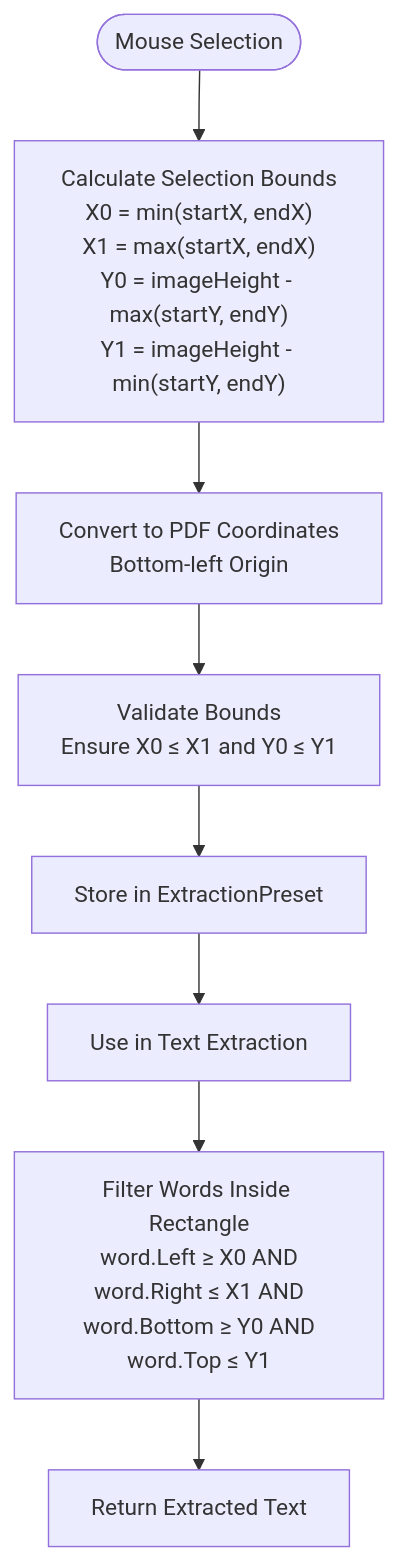
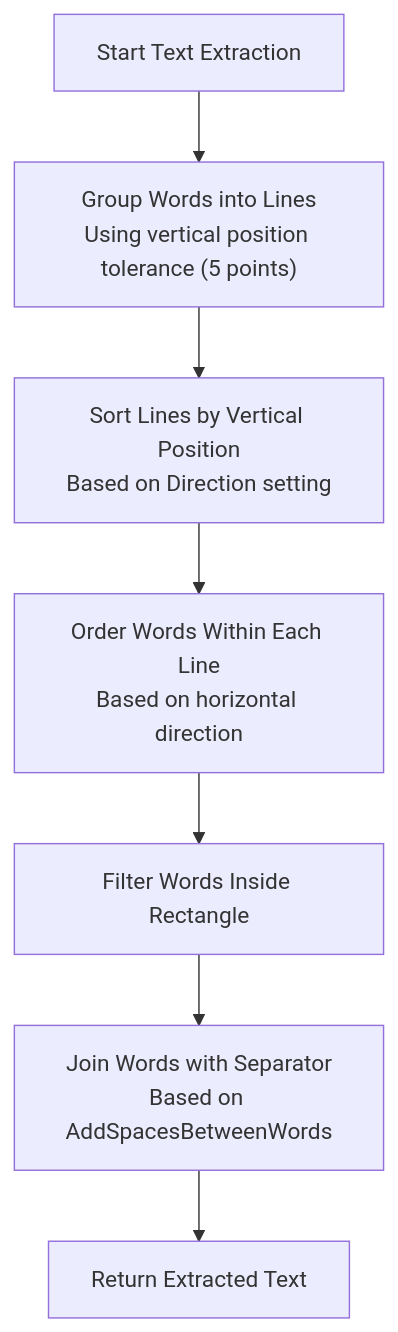
One commit to Kibnet/PDFAnnotator changed the second of 8 diagrams in .qoder/repowiki/en/content/Data Models/ExtractionPreset.md. Above: the diagram before and after it, drawn with Mermaid. The commit also changed other lines of this file and 4 other files, not shown here.

First line of the commit message:
feat(pdf-service): add text direction control and caching improvements

````diff
--- a/.qoder/repowiki/en/content/Data Models/ExtractionPreset.md
+++ b/.qoder/repowiki/en/content/Data Models/ExtractionPreset.md
@@ -141,10 +196,9 @@
 ```mermaid
 flowchart TD
-Start([Mouse Selection]) --> CalculateBounds["Calculate Selection Bounds<br/>X0 = min(startX, endX)<br/>X1 = max(startX, endX)<br/>Y0 = imageHeight - max(startY, endY)<br/>Y1 = imageHeight - min(startY, endY)"]
-CalculateBounds --> PDFCoords["Convert to PDF Coordinates<br/>Bottom-left Origin"]
-PDFCoords --> ValidateBounds["Validate Bounds<br/>Ensure X0 ≤ X1 and Y0 ≤ Y1"]
-ValidateBounds --> StorePreset["Store in ExtractionPreset"]
-StorePreset --> ExtractText["Use in Text Extraction"]
-ExtractText --> FilterWords["Filter Words Inside Rectangle<br/>word.Left ≥ X0 AND<br/>word.Right ≤ X1 AND<br/>word.Bottom ≥ Y0 AND<br/>word.Top ≤ Y1"]
-FilterWords --> OutputResults["Return Extracted Text"]
+Start["Start Text Extraction"] --> GroupLines["Group Words into Lines<br/>Using vertical position tolerance (5 points)"]
+GroupLines --> SortLines["Sort Lines by Vertical Position<br/>Based on Direction setting"]
+SortLines --> OrderWords["Order Words Within Each Line<br/>Based on horizontal direction"]
+OrderWords --> FilterWords["Filter Words Inside Rectangle"]
+FilterWords --> JoinText["Join Words with Separator<br/>Based on AddSpacesBetweenWords"]
+JoinText --> Output["Return Extracted Text"]
 ```
````
